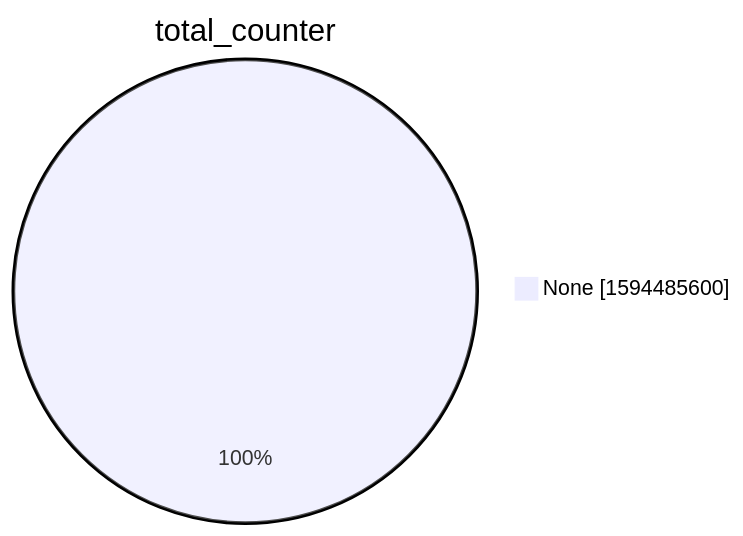
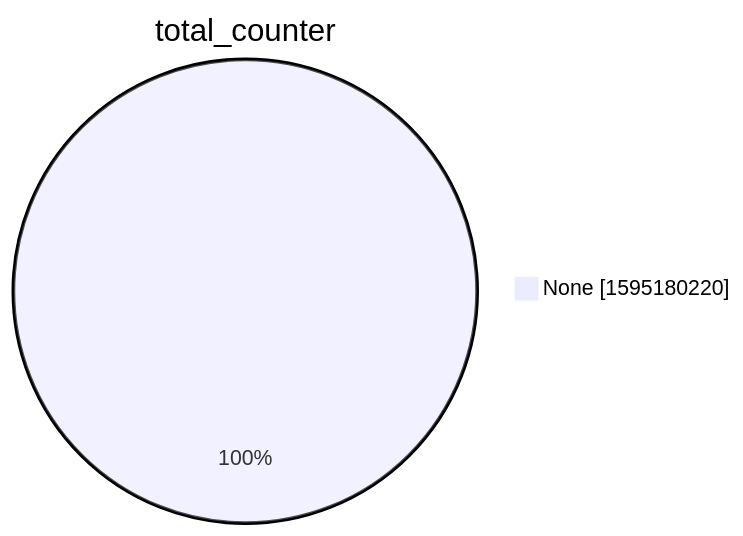
One commit to christiankrug/ctmonitor_visualization changed the second of 15 diagrams in xenon2022/README.md. Above: the diagram before and after it, drawn with Mermaid. The commit also changed other lines of this file, not shown here.

````diff
--- a/xenon2022/README.md
+++ b/xenon2022/README.md
@@ -9,5 +9,5 @@
 ```mermaid
 pie showData
 title total_counter
-"None" :1594485600
+"None" :1595180220
 ```
````
